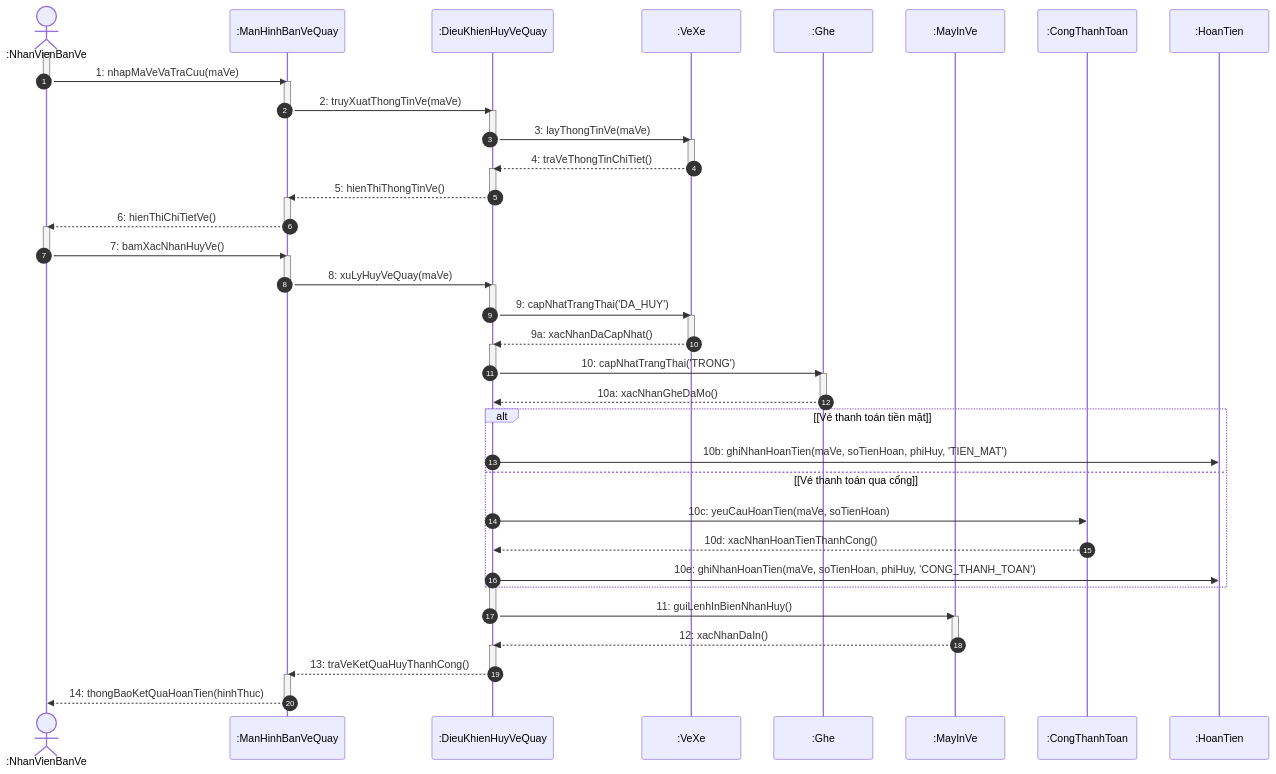
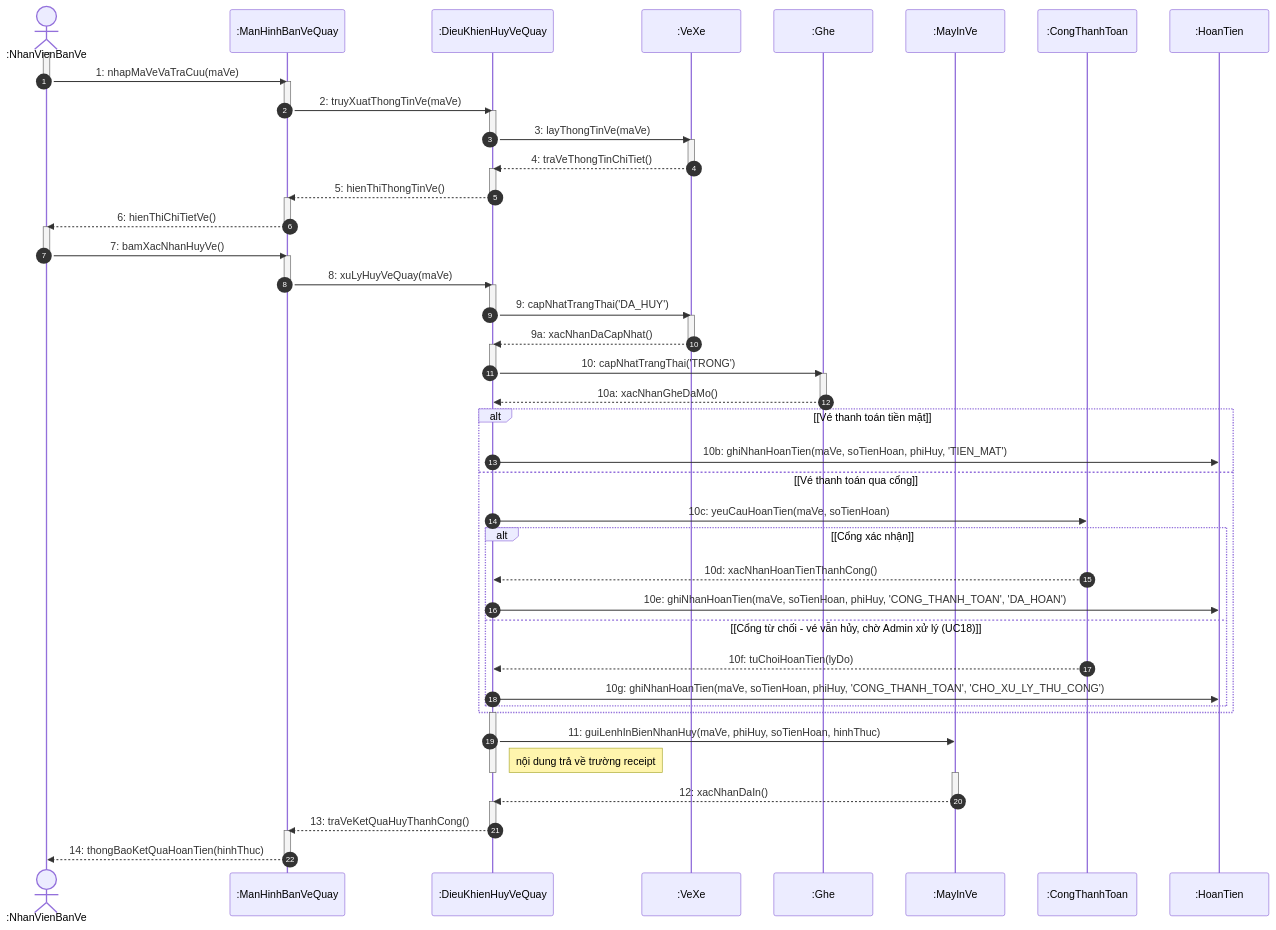
Before and after one commit to Longcodepro/Project_OOAD_HK1_2026-2027: the ninth of 20 diagrams in docs/sequence/Sequence_diagram.md, drawn with Mermaid. The commit also changed other lines of this file and 3 other files, not shown here.

Commit message:
docs(diagram): cập nhật RDM, sơ đồ lớp và tuần tự theo phần đã làm thêm

```diff
--- a/docs/sequence/Sequence_diagram.md
+++ b/docs/sequence/Sequence_diagram.md
@@ -741,12 +752,18 @@
         DK ->> HT: 10b: ghiNhanHoanTien(maVe, soTienHoan, phiHuy, 'TIEN_MAT')
     else [Vé thanh toán qua cổng]
         DK ->> CTT: 10c: yeuCauHoanTien(maVe, soTienHoan)
-        CTT -->> DK: 10d: xacNhanHoanTienThanhCong()
-        DK ->> HT: 10e: ghiNhanHoanTien(maVe, soTienHoan, phiHuy, 'CONG_THANH_TOAN')
+        alt [Cổng xác nhận]
+            CTT -->> DK: 10d: xacNhanHoanTienThanhCong()
+            DK ->> HT: 10e: ghiNhanHoanTien(maVe, soTienHoan, phiHuy, 'CONG_THANH_TOAN', 'DA_HOAN')
+        else [Cổng từ chối - vé vẫn hủy, chờ Admin xử lý (UC18)]
+            CTT -->> DK: 10f: tuChoiHoanTien(lyDo)
+            DK ->> HT: 10g: ghiNhanHoanTien(maVe, soTienHoan, phiHuy, 'CONG_THANH_TOAN', 'CHO_XU_LY_THU_CONG')
+        end
     end
     
     activate DK
-    DK ->> MI: 11: guiLenhInBienNhanHuy()
+    DK ->> MI: 11: guiLenhInBienNhanHuy(maVe, phiHuy, soTienHoan, hinhThuc)
+    Note right of DK: nội dung trả về trường receipt
     deactivate DK
     activate MI
     MI -->> DK: 12: xacNhanDaIn()
```
